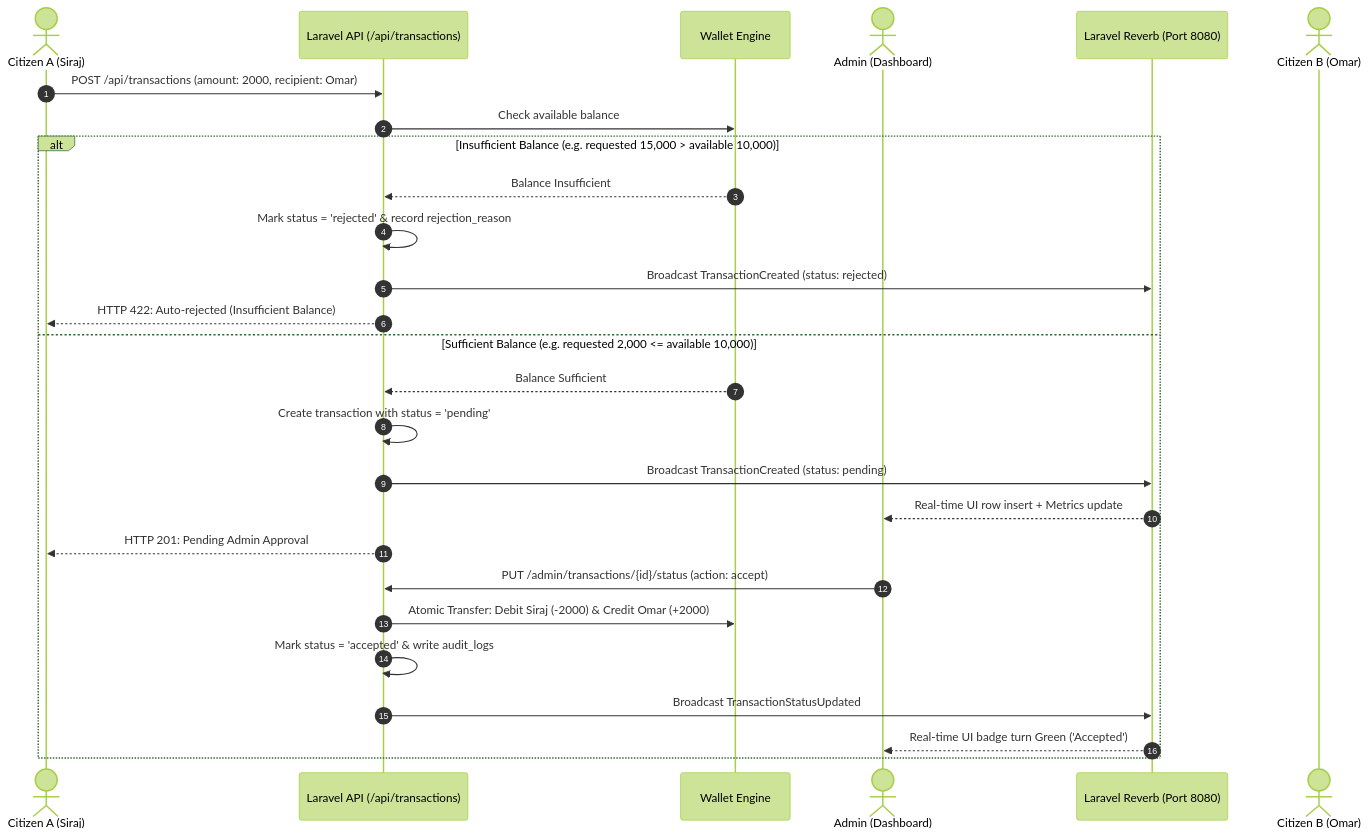
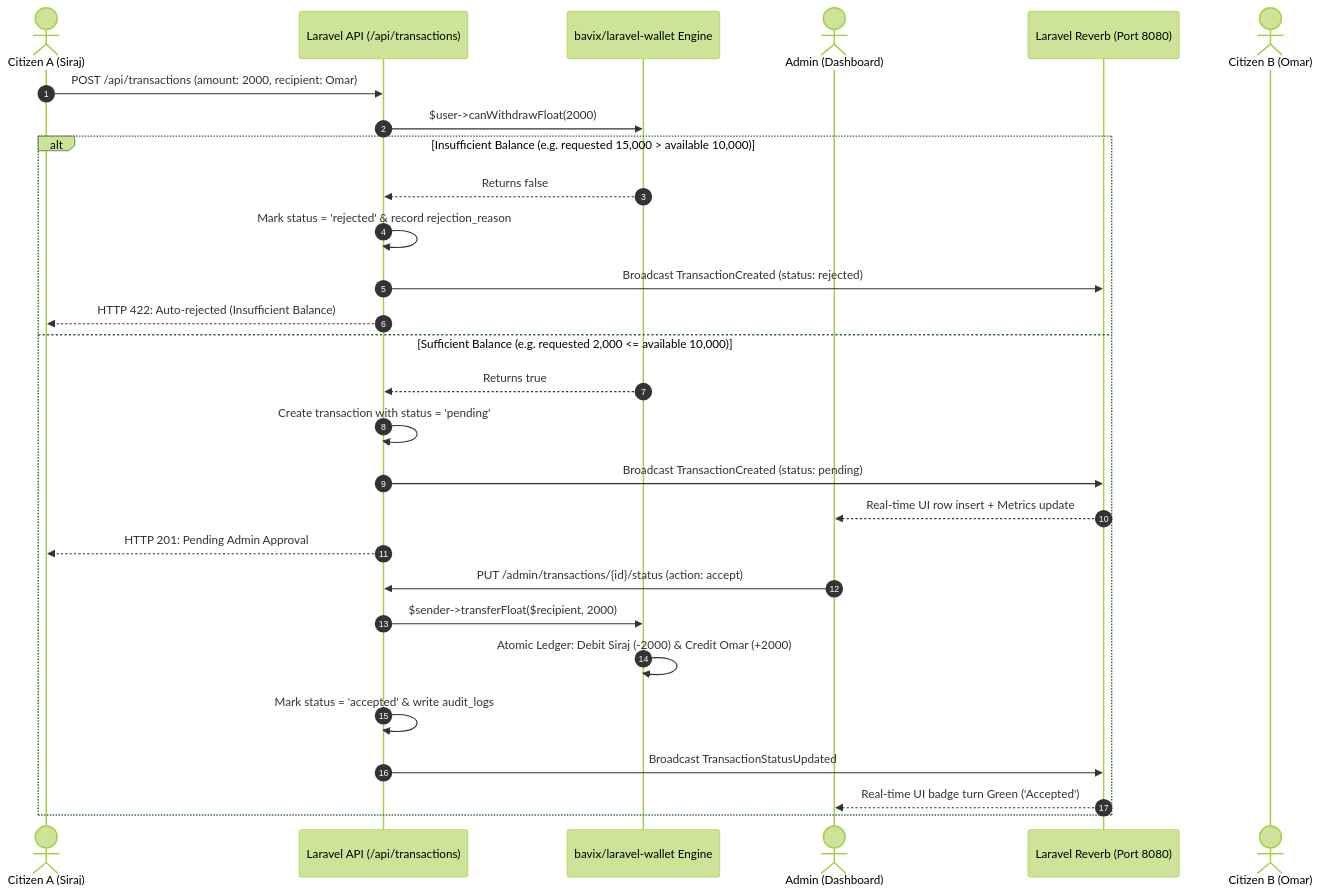
The second of 3 diagrams in CODEBASE_EXPLANATION.md (Siraj-T/CONNECT-Transaction-System), drawn with Mermaid (forest theme) before and after one commit. The commit also changed other lines of this file and 25 other files, not shown here.

Commit message:
Install bavix/laravel-wallet package with double-entry ledgers, auto-rejection on insufficient funds, and admin transfer settlement

````diff
--- a/CODEBASE_EXPLANATION.md
+++ b/CODEBASE_EXPLANATION.md
@@ -1032,30 +1054,31 @@
 ```mermaid
 sequenceDiagram
     autonumber
     actor CitizenA as Citizen A (Siraj)
     participant API as Laravel API (/api/transactions)
-    participant Wallet as Wallet Engine
+    participant Bavix as bavix/laravel-wallet Engine
     actor Admin as Admin (Dashboard)
     participant Reverb as Laravel Reverb (Port 8080)
     actor CitizenB as Citizen B (Omar)
 
     CitizenA->>API: POST /api/transactions (amount: 2000, recipient: Omar)
-    API->>Wallet: Check available balance
+    API->>Bavix: $user->canWithdrawFloat(2000)
     alt Insufficient Balance (e.g. requested 15,000 > available 10,000)
-        Wallet-->>API: Balance Insufficient
+        Bavix-->>API: Returns false
         API->>API: Mark status = 'rejected' & record rejection_reason
         API->>Reverb: Broadcast TransactionCreated (status: rejected)
         API-->>CitizenA: HTTP 422: Auto-rejected (Insufficient Balance)
     else Sufficient Balance (e.g. requested 2,000 <= available 10,000)
-        Wallet-->>API: Balance Sufficient
+        Bavix-->>API: Returns true
         API->>API: Create transaction with status = 'pending'
         API->>Reverb: Broadcast TransactionCreated (status: pending)
         Reverb-->>Admin: Real-time UI row insert + Metrics update
         API-->>CitizenA: HTTP 201: Pending Admin Approval
         Admin->>API: PUT /admin/transactions/{id}/status (action: accept)
-        API->>Wallet: Atomic Transfer: Debit Siraj (-2000) & Credit Omar (+2000)
+        API->>Bavix: $sender->transferFloat($recipient, 2000)
+        Bavix->>Bavix: Atomic Ledger: Debit Siraj (-2000) & Credit Omar (+2000)
         API->>API: Mark status = 'accepted' & write audit_logs
         API->>Reverb: Broadcast TransactionStatusUpdated
         Reverb-->>Admin: Real-time UI badge turn Green ('Accepted')
     end
 ```
````
